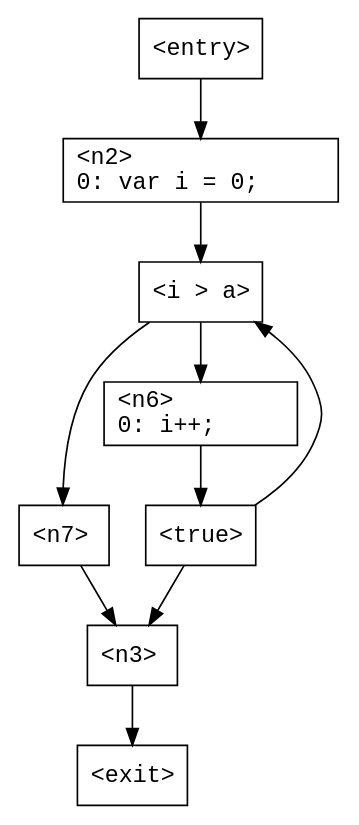
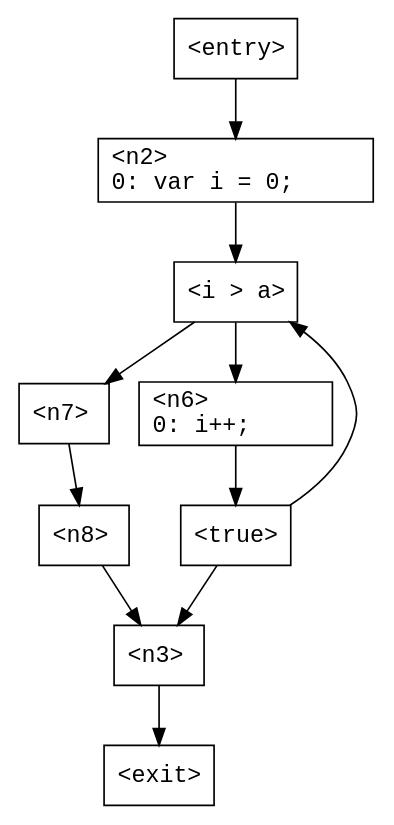
The diagram in TarpTests/Cfg/Data/TestDoBreak.gv (ashalkhakov/Tarp), drawn with Graphviz before and after one commit. The commit also changed 13 other files, not shown here.

First line of the commit message:
Implement break/continue. Allow temporary 'join' nodes in the graph.

```diff
--- a/TarpTests/Cfg/Data/TestDoBreak.gv
+++ b/TarpTests/Cfg/Data/TestDoBreak.gv
@@ -1,36 +1,40 @@
 digraph G
 {
     n0 [ shape = "box"
              fontname = "Monospace"
              label = "<entry>\l" ];
       n0 -> n2;
     n1 [ shape = "box"
              fontname = "Monospace"
              label = "<exit>\l" ];
     n2 [ shape = "box"
              fontname = "Monospace"
              label = "<n2>\l0:	var i = 0;\l" ];
       n2 -> n4;
     n3 [ shape = "box"
              fontname = "Monospace"
              label = "<n3>\l" ];
       n3 -> n1;
     n4 [ shape = "box"
              fontname = "Monospace"
              label = "<i > a>\l" ];
       n4 -> n7;
       n4 -> n6;
     n5 [ shape = "box"
              fontname = "Monospace"
              label = "<true>\l" ];
       n5 -> n4;
       n5 -> n3;
     n6 [ shape = "box"
              fontname = "Monospace"
              label = "<n6>\l0:	i++;\l" ];
       n6 -> n5;
     n7 [ shape = "box"
              fontname = "Monospace"
              label = "<n7>\l" ];
-      n7 -> n3;
+      n7 -> n8;
+    n8 [ shape = "box"
+             fontname = "Monospace"
+             label = "<n8>\l" ];
+      n8 -> n3;
 }
```
